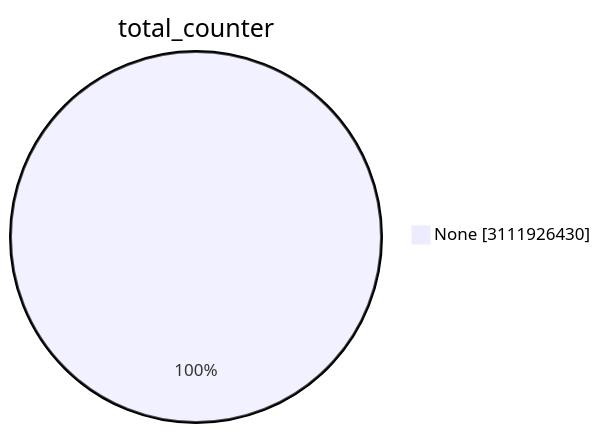
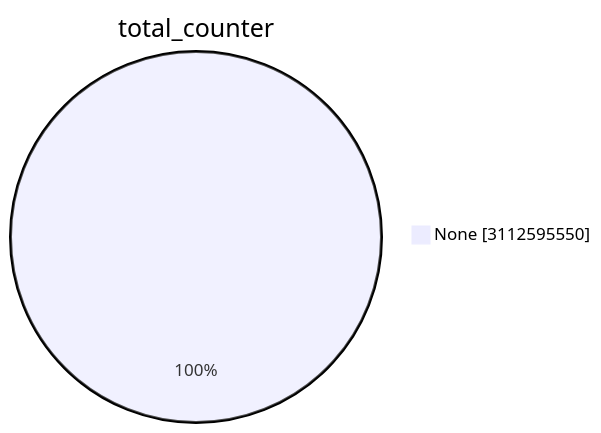
The first of 15 diagrams in TOTAL/README.md (christiankrug/ctmonitor_visualization), drawn with Mermaid before and after one commit. The commit also changed other lines of this file, not shown here.

````diff
--- a/TOTAL/README.md
+++ b/TOTAL/README.md
@@ -1,5 +1,5 @@
 ```mermaid
 pie showData
 title total_counter
-"None" :3111926430
+"None" :3112595550
 ```
````
